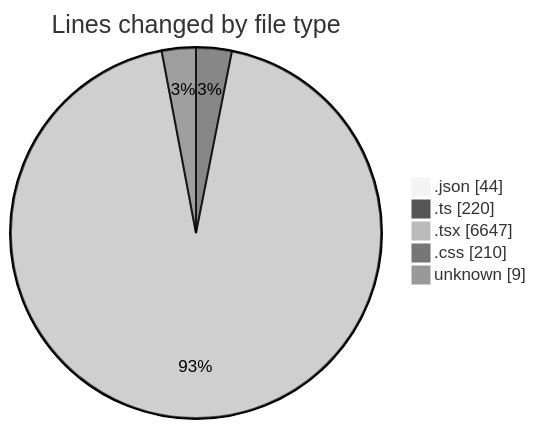
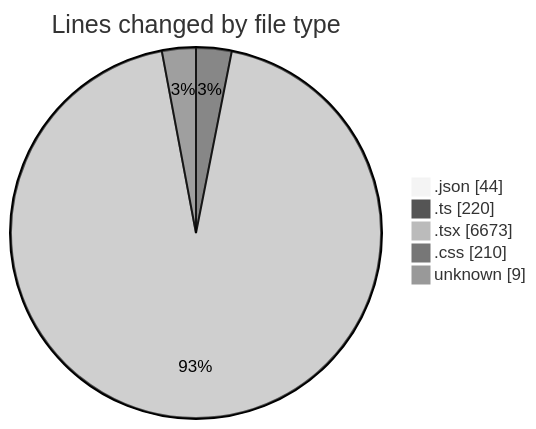
Before and after one commit to julien-gomy/code-tracking: the first of 2 diagrams in 2025-10-24/eventscop-frontend-guide__workspace_/README.md, drawn with Mermaid (neutral theme). The commit also changed other lines of this file and 1 other file, not shown here.

````diff
--- a/2025-10-24/eventscop-frontend-guide__workspace_/README.md
+++ b/2025-10-24/eventscop-frontend-guide__workspace_/README.md
@@ -49,9 +49,9 @@
 ```mermaid
 pie showData
 title Lines changed by file type
 ".json" : 44
 ".ts" : 220
-".tsx" : 6647
+".tsx" : 6673
 ".css" : 210
 "unknown" : 9
 ```
````
